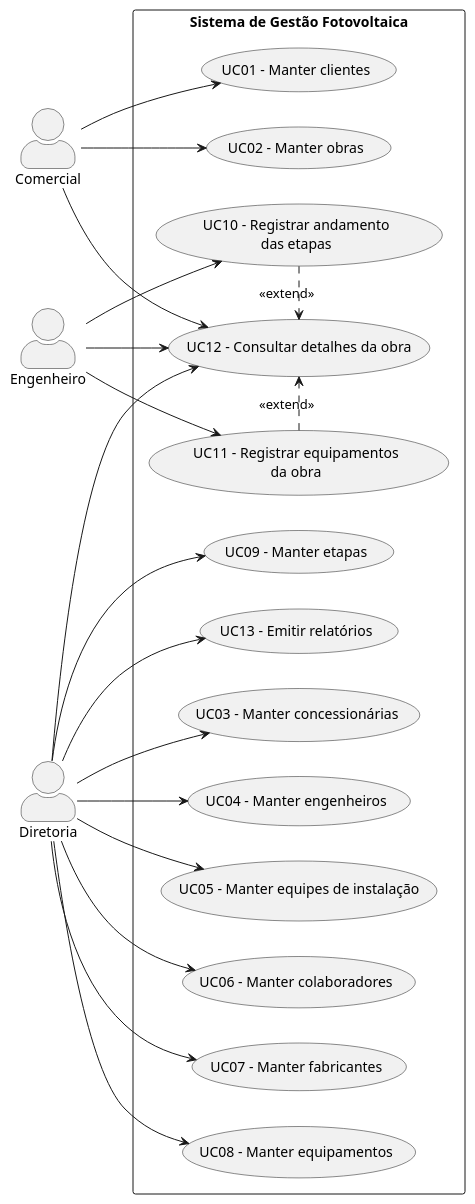
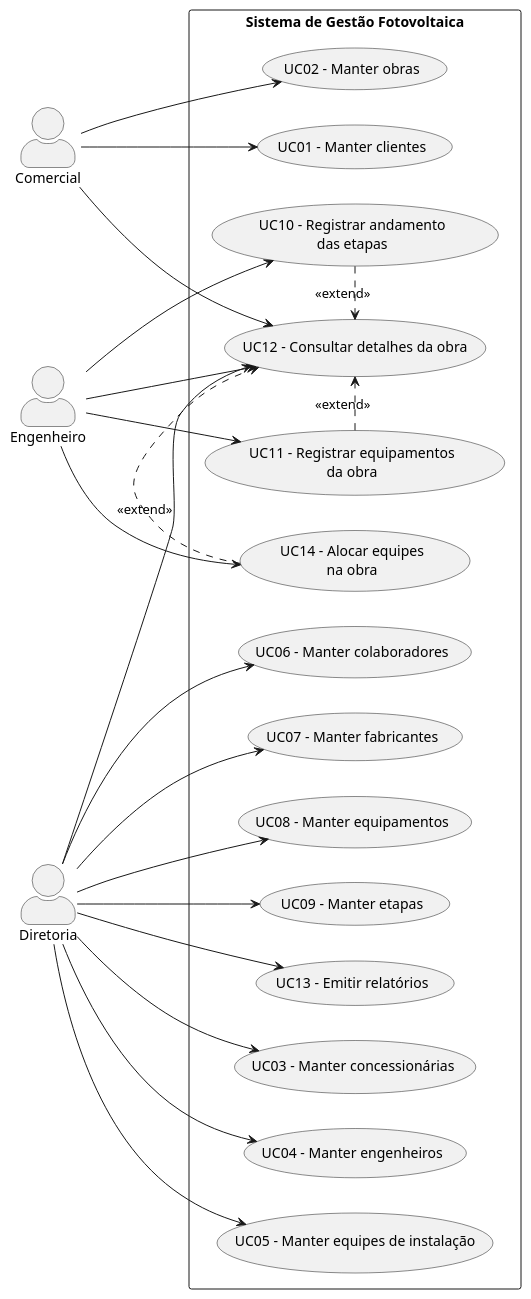
One commit to christianoeds/gestao_fotovoltaica changed the diagram in documentacao/casos_de_uso.puml. Above: the diagram before and after it, drawn with PlantUML. The commit also changed 9 other files, not shown here.

Commit message:
ajustando o modelo conceitual - 1 obra pode ter 0 ou várias equipes trabalhando ao mesmo tempo e 1 equipe pode executar 0 ou várias obras

```diff
--- a/documentacao/casos_de_uso.puml
+++ b/documentacao/casos_de_uso.puml
@@ -1,51 +1,54 @@
 @startuml casos_de_uso
 ' Diagrama de casos de uso: Gestão Fotovoltaica
 ' Para gerar a imagem: plugin PlantUML do PhpStorm ou https://www.plantuml.com/plantuml
 
 left to right direction
 skinparam packageStyle rectangle
 skinparam actorStyle awesome
 
 actor "Comercial" as comercial
 actor "Engenheiro" as engenheiro
 actor "Diretoria" as diretoria
 
 rectangle "Sistema de Gestão Fotovoltaica" {
   usecase "UC01 - Manter clientes" as UC01
   usecase "UC02 - Manter obras" as UC02
   usecase "UC12 - Consultar detalhes da obra" as UC12
   usecase "UC10 - Registrar andamento\ndas etapas" as UC10
   usecase "UC11 - Registrar equipamentos\nda obra" as UC11
+  usecase "UC14 - Alocar equipes\nna obra" as UC14
 
   usecase "UC03 - Manter concessionárias" as UC03
   usecase "UC04 - Manter engenheiros" as UC04
   usecase "UC05 - Manter equipes de instalação" as UC05
   usecase "UC06 - Manter colaboradores" as UC06
   usecase "UC07 - Manter fabricantes" as UC07
   usecase "UC08 - Manter equipamentos" as UC08
   usecase "UC09 - Manter etapas" as UC09
   usecase "UC13 - Emitir relatórios" as UC13
 }
 
 comercial --> UC01
 comercial --> UC02
 comercial --> UC12
 
 engenheiro --> UC12
 engenheiro --> UC10
 engenheiro --> UC11
+engenheiro --> UC14
 
 diretoria --> UC12
 diretoria --> UC03
 diretoria --> UC04
 diretoria --> UC05
 diretoria --> UC06
 diretoria --> UC07
 diretoria --> UC08
 diretoria --> UC09
 diretoria --> UC13
 
 UC10 .> UC12 : <<extend>>
 UC11 .> UC12 : <<extend>>
+UC14 .> UC12 : <<extend>>
 
 @enduml
```
